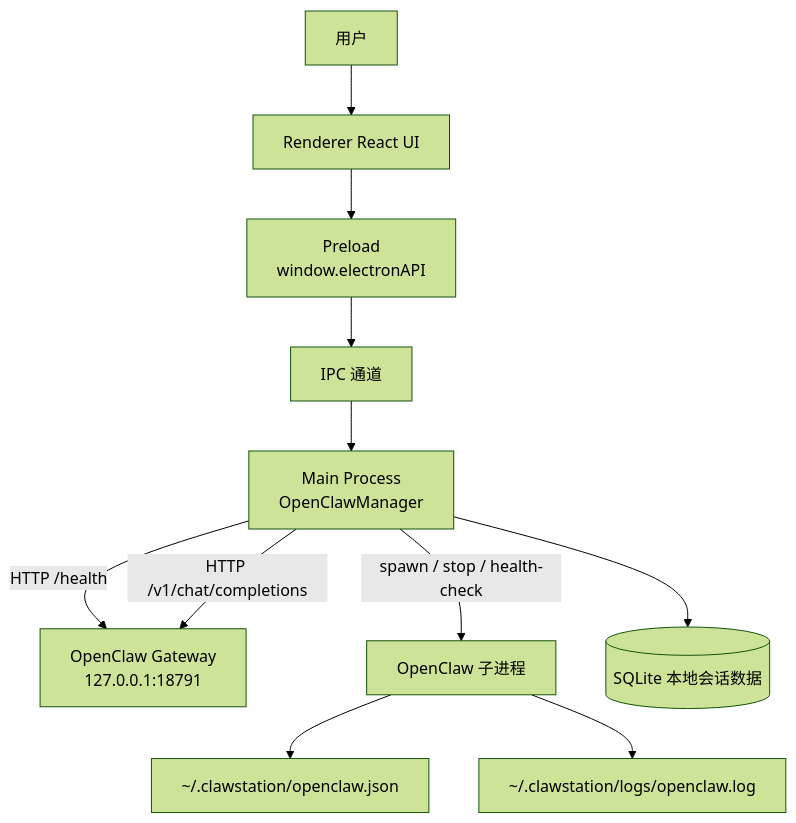
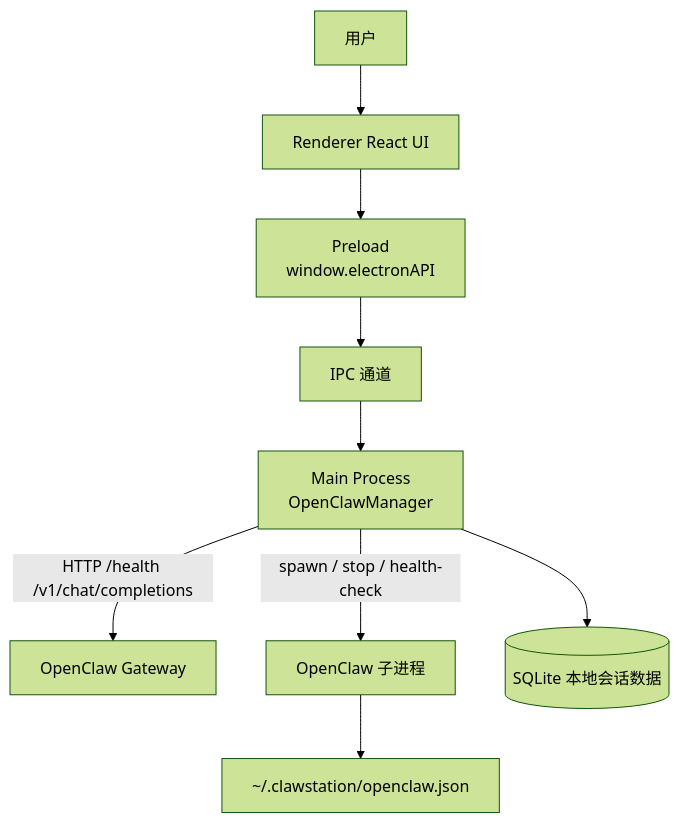
One commit to ningblue/clawstation changed the diagram in README.md. Above: the diagram before and after it, drawn with Mermaid (forest theme). The commit also changed other lines of this file, not shown here.

First line of the commit message:
docs: 更新 README，添加截图和功能特性

````diff
--- a/README.md
+++ b/README.md
@@ -129,15 +155,11 @@
 ```mermaid
 graph TD
     U[用户] --> R[Renderer React UI]
     R --> P[Preload\nwindow.electronAPI]
     P --> I[IPC 通道]
     I --> M[Main Process\nOpenClawManager]
-
-    M -->|HTTP /health| G[OpenClaw Gateway\n127.0.0.1:18791]
-    M -->|HTTP /v1/chat/completions| G
+    M -->|HTTP /health /v1/chat/completions| G[OpenClaw Gateway]
     M -->|spawn / stop / health-check| E[OpenClaw 子进程]
-
     E --> C[~/.clawstation/openclaw.json]
-    E --> L[~/.clawstation/logs/openclaw.log]
     M --> D[(SQLite 本地会话数据)]
 ```
````
